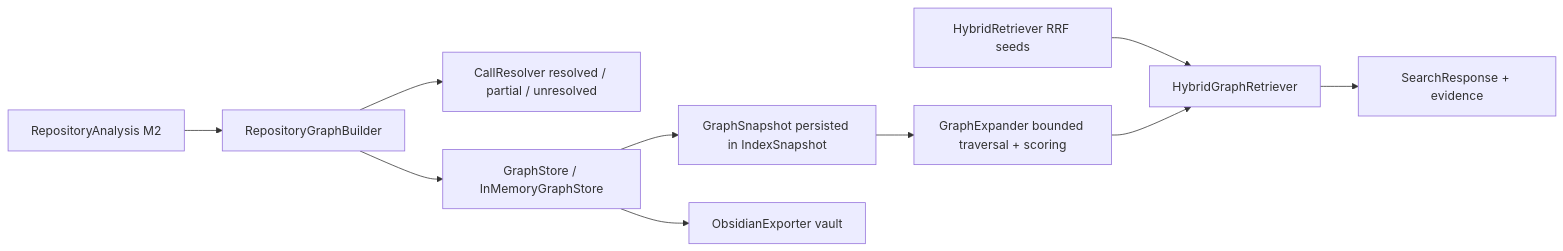
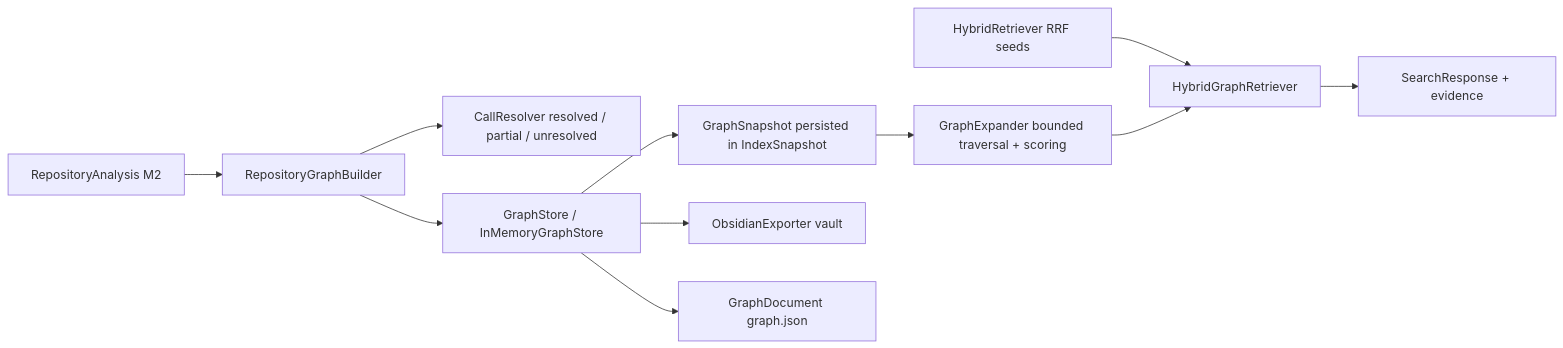
Before and after one commit to Moaawiyah/repoAgent: the first of 7 diagrams in docs/architecture.md, drawn with Mermaid. The commit also changed other lines of this file and 21 other files, not shown here.

First line of the commit message:
feat: add graphify - unified graph.json + Obsidian pipeline (M4)

````diff
--- a/docs/architecture.md
+++ b/docs/architecture.md
@@ -5,12 +5,13 @@
 ```mermaid
 flowchart LR
   Analysis[RepositoryAnalysis M2] --> Builder[RepositoryGraphBuilder]
   Builder --> Resolver[CallResolver resolved / partial / unresolved]
   Builder --> Store[GraphStore / InMemoryGraphStore]
   Store --> Snap[GraphSnapshot persisted in IndexSnapshot]
   Snap --> Expander[GraphExpander bounded traversal + scoring]
   Hybrid[HybridRetriever RRF seeds] --> HGR[HybridGraphRetriever]
   Expander --> HGR
   HGR --> Out[SearchResponse + evidence]
   Store --> Obs[ObsidianExporter vault]
+  Store --> Doc[GraphDocument graph.json]
 ```
````
